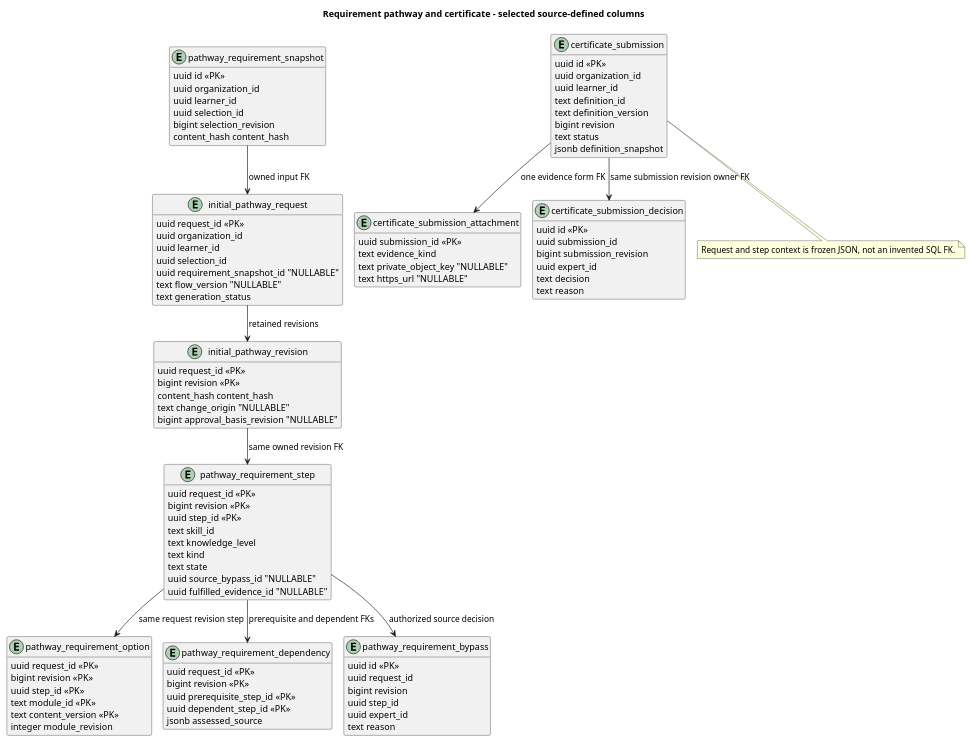
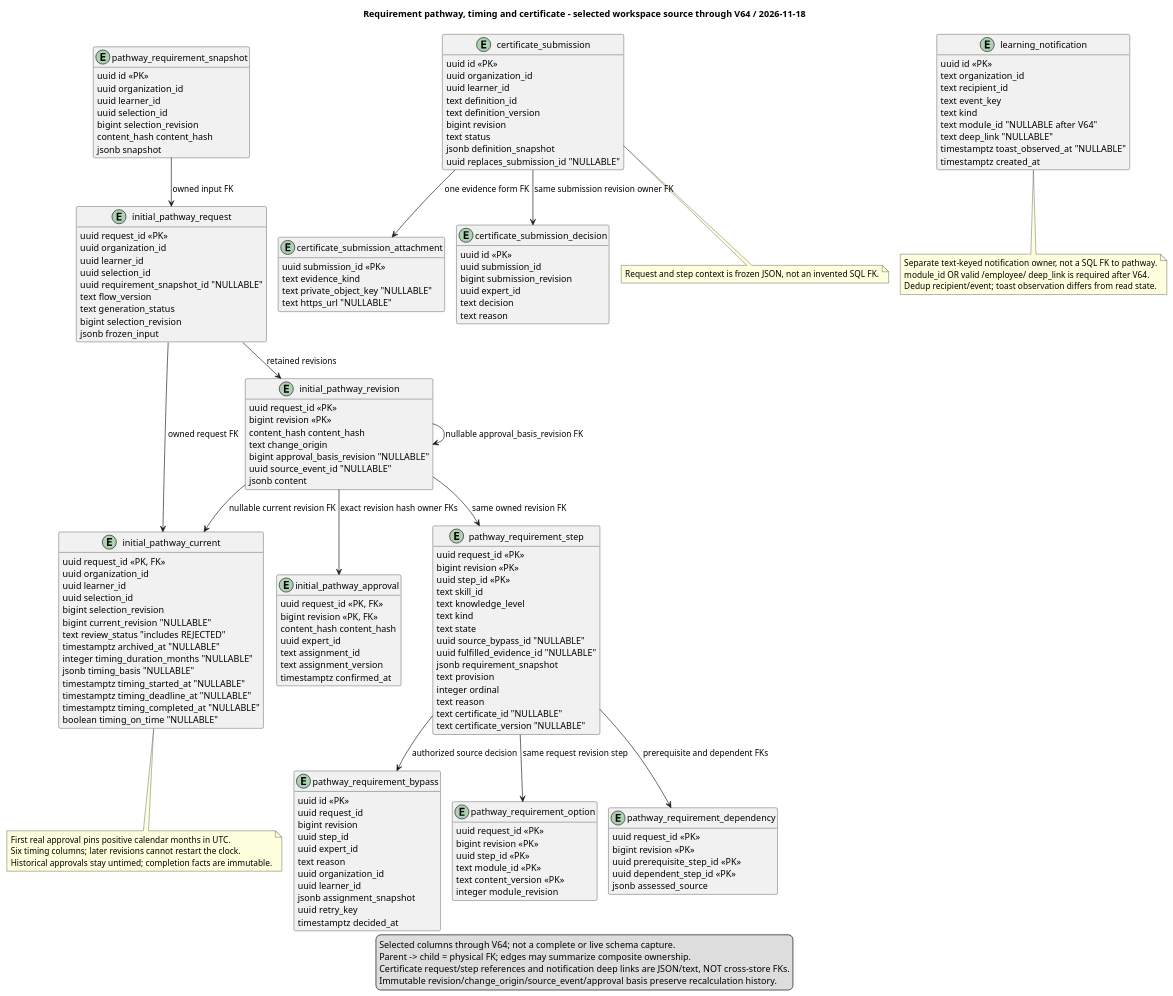
Before and after one commit to SEP490-Fall-2026-GFA26SE64/SEP490: the diagram in documents/diagrams/postgresql-pathway.puml, drawn with PlantUML. The commit also changed 8 other files, not shown here.

Commit message:
docs(schema): synchronize baseline and pathway V64 diagrams

```diff
--- a/documents/diagrams/postgresql-pathway.puml
+++ b/documents/diagrams/postgresql-pathway.puml
@@ -1,99 +1,172 @@
 @startuml
 !pragma layout smetana
 top to bottom direction
 hide empty members
 skinparam classAttributeIconSize 0
 skinparam shadowing false
-title Requirement pathway and certificate - selected source-defined columns
+title Requirement pathway, timing and certificate - selected workspace source through V64 / 2026-11-18
 entity "pathway_requirement_snapshot" as pathway_requirement_snapshot {
   uuid id <<PK>>
   uuid organization_id
   uuid learner_id
   uuid selection_id
   bigint selection_revision
   content_hash content_hash
+  jsonb snapshot
 }
 entity "initial_pathway_request" as initial_pathway_request {
   uuid request_id <<PK>>
   uuid organization_id
   uuid learner_id
   uuid selection_id
   uuid requirement_snapshot_id "NULLABLE"
-  text flow_version "NULLABLE"
+  text flow_version
   text generation_status
+  bigint selection_revision
+  jsonb frozen_input
 }
 entity "initial_pathway_revision" as initial_pathway_revision {
   uuid request_id <<PK>>
   bigint revision <<PK>>
   content_hash content_hash
-  text change_origin "NULLABLE"
+  text change_origin
   bigint approval_basis_revision "NULLABLE"
+  uuid source_event_id "NULLABLE"
+  jsonb content
 }
 entity "pathway_requirement_step" as pathway_requirement_step {
   uuid request_id <<PK>>
   bigint revision <<PK>>
   uuid step_id <<PK>>
   text skill_id
   text knowledge_level
   text kind
   text state
   uuid source_bypass_id "NULLABLE"
   uuid fulfilled_evidence_id "NULLABLE"
+  jsonb requirement_snapshot
+  text provision
+  integer ordinal
+  text reason
+  text certificate_id "NULLABLE"
+  text certificate_version "NULLABLE"
 }
 entity "pathway_requirement_option" as pathway_requirement_option {
   uuid request_id <<PK>>
   bigint revision <<PK>>
   uuid step_id <<PK>>
   text module_id <<PK>>
   text content_version <<PK>>
   integer module_revision
 }
 entity "pathway_requirement_dependency" as pathway_requirement_dependency {
   uuid request_id <<PK>>
   bigint revision <<PK>>
   uuid prerequisite_step_id <<PK>>
   uuid dependent_step_id <<PK>>
   jsonb assessed_source
 }
 entity "pathway_requirement_bypass" as pathway_requirement_bypass {
   uuid id <<PK>>
   uuid request_id
   bigint revision
   uuid step_id
   uuid expert_id
   text reason
+  uuid organization_id
+  uuid learner_id
+  jsonb assignment_snapshot
+  uuid retry_key
+  timestamptz decided_at
 }
 entity "certificate_submission" as certificate_submission {
   uuid id <<PK>>
   uuid organization_id
   uuid learner_id
   text definition_id
   text definition_version
   bigint revision
   text status
   jsonb definition_snapshot
+  uuid replaces_submission_id "NULLABLE"
 }
 entity "certificate_submission_attachment" as certificate_submission_attachment {
   uuid submission_id <<PK>>
   text evidence_kind
   text private_object_key "NULLABLE"
   text https_url "NULLABLE"
 }
 entity "certificate_submission_decision" as certificate_submission_decision {
   uuid id <<PK>>
   uuid submission_id
   bigint submission_revision
   uuid expert_id
   text decision
   text reason
 }
 pathway_requirement_snapshot --> initial_pathway_request : owned input FK
 initial_pathway_request --> initial_pathway_revision : retained revisions
 initial_pathway_revision --> pathway_requirement_step : same owned revision FK
 pathway_requirement_step --> pathway_requirement_option : same request revision step
 pathway_requirement_step --> pathway_requirement_dependency : prerequisite and dependent FKs
 pathway_requirement_step --> pathway_requirement_bypass : authorized source decision
 certificate_submission --> certificate_submission_attachment : one evidence form FK
 certificate_submission --> certificate_submission_decision : same submission revision owner FK
 note bottom of certificate_submission : Request and step context is frozen JSON, not an invented SQL FK.
+entity "initial_pathway_current" as initial_pathway_current {
+  uuid request_id <<PK, FK>>
+  uuid organization_id
+  uuid learner_id
+  uuid selection_id
+  bigint selection_revision
+  bigint current_revision "NULLABLE"
+  text review_status "includes REJECTED"
+  timestamptz archived_at "NULLABLE"
+  integer timing_duration_months "NULLABLE"
+  jsonb timing_basis "NULLABLE"
+  timestamptz timing_started_at "NULLABLE"
+  timestamptz timing_deadline_at "NULLABLE"
+  timestamptz timing_completed_at "NULLABLE"
+  boolean timing_on_time "NULLABLE"
+}
+entity "initial_pathway_approval" as initial_pathway_approval {
+  uuid request_id <<PK, FK>>
+  bigint revision <<PK, FK>>
+  content_hash content_hash
+  uuid expert_id
+  text assignment_id
+  text assignment_version
+  timestamptz confirmed_at
+}
+entity "learning_notification" as learning_notification {
+  uuid id <<PK>>
+  text organization_id
+  text recipient_id
+  text event_key
+  text kind
+  text module_id "NULLABLE after V64"
+  text deep_link "NULLABLE"
+  timestamptz toast_observed_at "NULLABLE"
+  timestamptz created_at
+}
+initial_pathway_request --> initial_pathway_current : owned request FK
+initial_pathway_revision --> initial_pathway_current : nullable current revision FK
+initial_pathway_revision --> initial_pathway_approval : exact revision hash owner FKs
+initial_pathway_revision --> initial_pathway_revision : nullable approval_basis_revision FK
+note bottom of initial_pathway_current
+  First real approval pins positive calendar months in UTC.
+  Six timing columns; later revisions cannot restart the clock.
+  Historical approvals stay untimed; completion facts are immutable.
+end note
+note bottom of learning_notification
+  Separate text-keyed notification owner, not a SQL FK to pathway.
+  module_id OR valid /employee/ deep_link is required after V64.
+  Dedup recipient/event; toast observation differs from read state.
+end note
+legend bottom
+  Selected columns through V64; not a complete or live schema capture.
+  Parent -> child = physical FK; edges may summarize composite ownership.
+  Certificate request/step references and notification deep links are JSON/text, NOT cross-store FKs.
+  Immutable revision/change_origin/source_event/approval basis preserve recalculation history.
+endlegend
 @enduml
```
